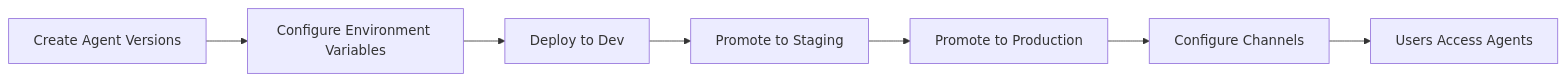
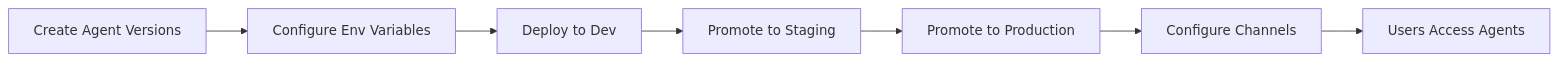
Before and after one commit to Koredotcom/docs-v2: the diagram in agent-platform-v2/deployment.mdx, drawn with Mermaid. The commit also changed other lines of this file and 4 other files, not shown here.

````diff
--- a/agent-platform-v2/deployment.mdx
+++ b/agent-platform-v2/deployment.mdx
@@ -23,12 +23,12 @@
 ```mermaid
 flowchart LR
     A[Create Agent Versions]
-    --> B[Configure Environment Variables]
+    --> B[Configure Env Variables]
     --> C[Deploy to Dev]
 
     C --> D[Promote to Staging]
     D --> E[Promote to Production]
 
     E --> F[Configure Channels]
     F --> G[Users Access Agents]
 ```
````
